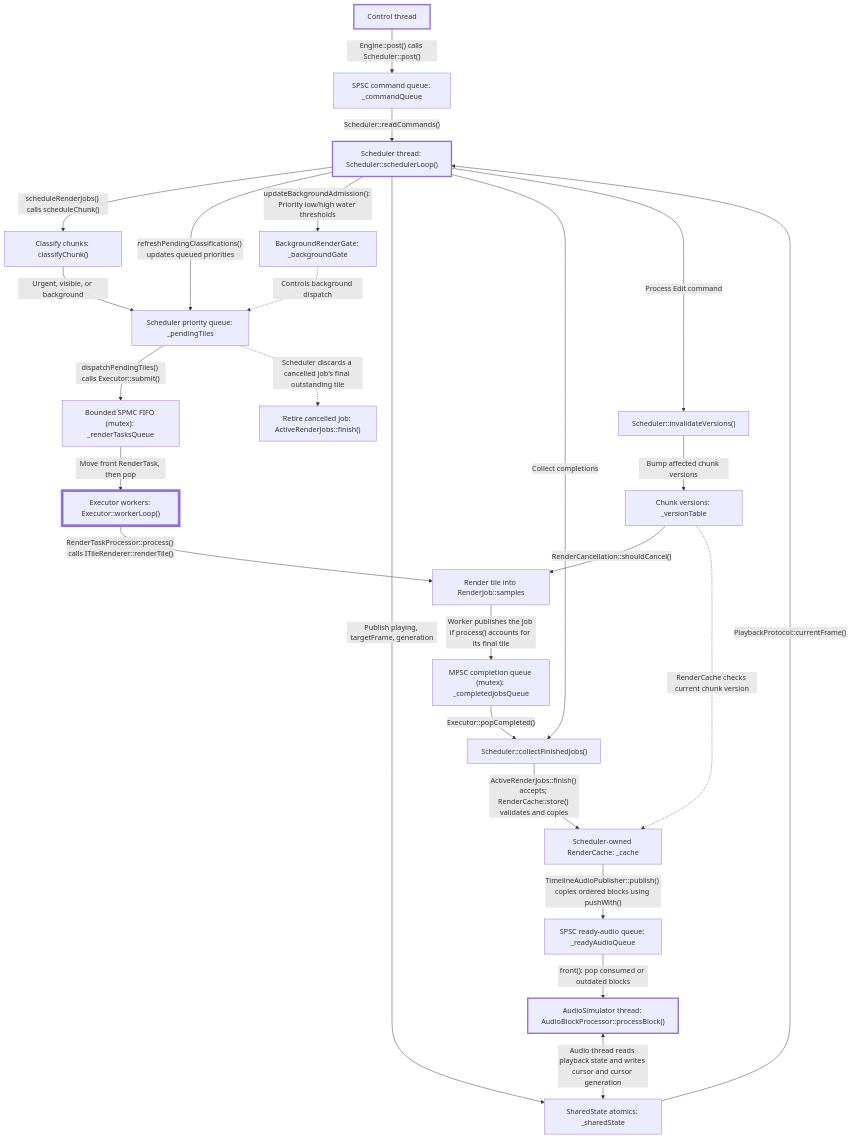
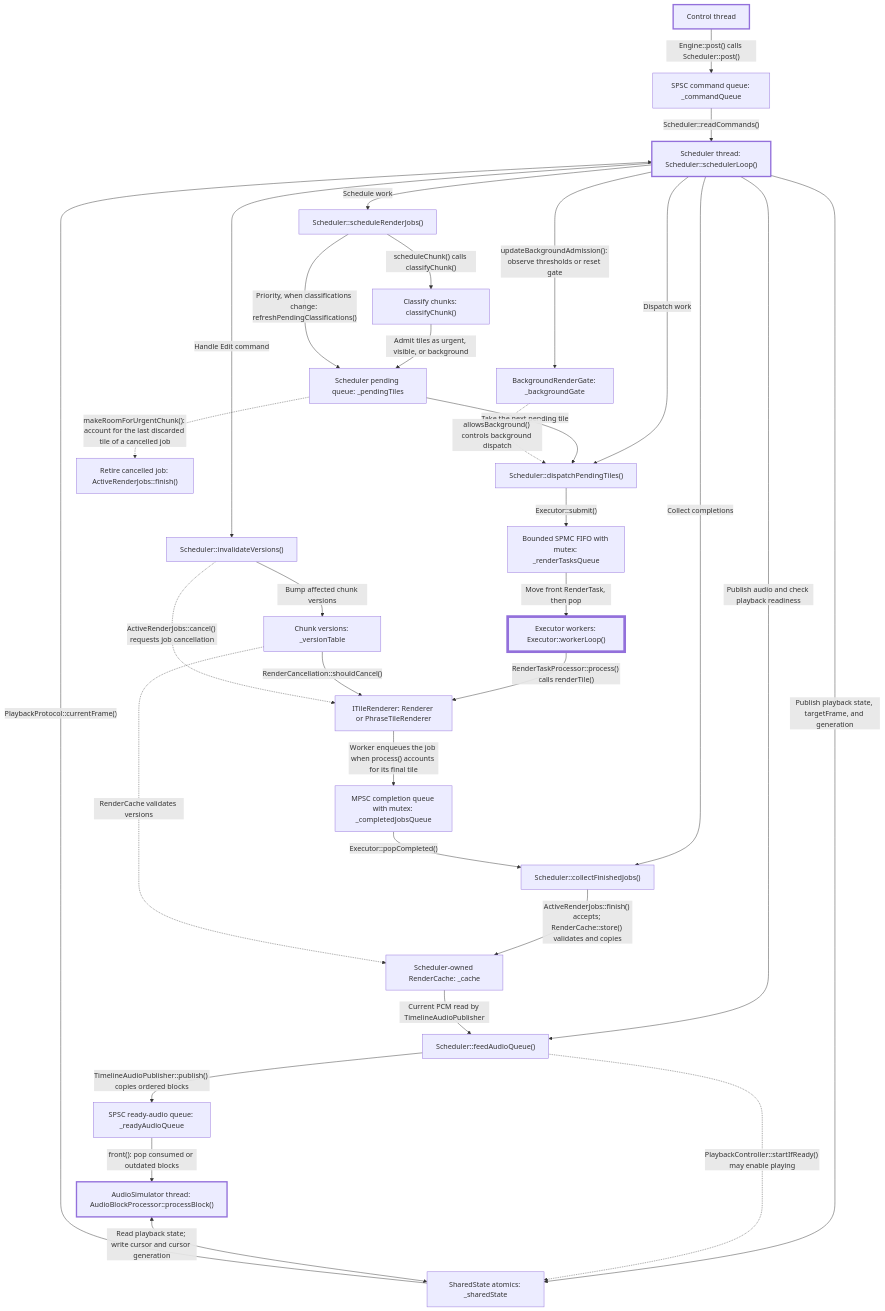
One commit to ChristosKonstantas/anasa changed the diagram in README.md. Above: the diagram before and after it, drawn with Mermaid. The commit also changed other lines of this file, not shown here.

````diff
--- a/README.md
+++ b/README.md
@@ -35,64 +37,73 @@
 ```mermaid
 flowchart TD
 
     Control["Control thread"]
     CommandQueue["SPSC command queue: _commandQueue"]
     Scheduler["Scheduler thread: Scheduler::schedulerLoop()"]
 
     Control -->|"Engine::post() calls Scheduler::post()"| CommandQueue
     CommandQueue -->|"Scheduler::readCommands()"| Scheduler
 
-    ExecutorQueue["Bounded SPMC FIFO (mutex): _renderTasksQueue"]
-    Workers["Executor workers: Executor::workerLoop()"]
-    Render["Render tile into RenderJob::samples"]
-    CompletionQueue["MPSC completion queue (mutex): _completedJobsQueue"]
-
+    Schedule["Scheduler::scheduleRenderJobs()"]
     Classify["Classify chunks: classifyChunk()"]
-    Pending["Scheduler priority queue: _pendingTiles"]
-
-    Scheduler -->|"scheduleRenderJobs() calls scheduleChunk()"| Classify
-    Classify -->|"Urgent, visible, or background"| Pending
-    Scheduler -->|"refreshPendingClassifications() updates queued priorities"| Pending
-    Pending -->|"dispatchPendingTiles() calls Executor::submit()"| ExecutorQueue
-    ExecutorQueue -->|"Move front RenderTask, then pop"| Workers
-    Workers -->|"RenderTaskProcessor::process() calls ITileRenderer::renderTile()"| Render
-    Render -->|"Worker publishes the job if process() accounts for its final tile"| CompletionQueue
+    Pending["Scheduler pending queue: _pendingTiles"]
+    Dispatch["Scheduler::dispatchPendingTiles()"]
     Admission["BackgroundRenderGate: _backgroundGate"]
 
-    Scheduler -->|"updateBackgroundAdmission(): Priority low/high water thresholds"| Admission
-    Admission -.->|"Controls background dispatch"| Pending
+    Scheduler -->|"Schedule work"| Schedule
+    Schedule -->|"scheduleChunk() calls classifyChunk()"| Classify
+    Classify -->|"Admit tiles as urgent, visible, or background"| Pending
+    Schedule -->|"Priority, when classifications change: refreshPendingClassifications()"| Pending
+    Scheduler -->|"Dispatch work"| Dispatch
+    Pending -->|"Take the next pending tile"| Dispatch
+    Scheduler -->|"updateBackgroundAdmission(): observe thresholds or reset gate"| Admission
+    Admission -.->|"allowsBackground() controls background dispatch"| Dispatch
+
+    ExecutorQueue["Bounded SPMC FIFO with mutex: _renderTasksQueue"]
+    Workers["Executor workers: Executor::workerLoop()"]
+    Render["ITileRenderer: Renderer or PhraseTileRenderer"]
+    CompletionQueue["MPSC completion queue with mutex: _completedJobsQueue"]
+
+    Dispatch -->|"Executor::submit()"| ExecutorQueue
+    ExecutorQueue -->|"Move front RenderTask, then pop"| Workers
+    Workers -->|"RenderTaskProcessor::process() calls renderTile()"| Render
+    Render -->|"Worker enqueues the job when process() accounts for its final tile"| CompletionQueue
+
+    Collect["Scheduler::collectFinishedJobs()"]
     Cache["Scheduler-owned RenderCache: _cache"]
+    Feed["Scheduler::feedAudioQueue()"]
     ReadyQueue["SPSC ready-audio queue: _readyAudioQueue"]
     Audio["AudioSimulator thread: AudioBlockProcessor::processBlock()"]
 
-    Cache -->|"TimelineAudioPublisher::publish() copies ordered blocks using pushWith()"| ReadyQueue
+    Scheduler -->|"Collect completions"| Collect
+    CompletionQueue -->|"Executor::popCompleted()"| Collect
+    Collect -->|"ActiveRenderJobs::finish() accepts; RenderCache::store() validates and copies"| Cache
+    Scheduler -->|"Publish audio and check playback readiness"| Feed
+    Cache -->|"Current PCM read by TimelineAudioPublisher"| Feed
+    Feed -->|"TimelineAudioPublisher::publish() copies ordered blocks"| ReadyQueue
     ReadyQueue -->|"front(): pop consumed or outdated blocks"| Audio
 
     Shared["SharedState atomics: _sharedState"]
 
-    Scheduler -->|"Publish playing, targetFrame, generation"| Shared
+    Scheduler -->|"Publish playback state, targetFrame, and generation"| Shared
     Shared -->|"PlaybackProtocol::currentFrame()"| Scheduler
-
-    Audio <-->|"Audio thread reads playback state and writes cursor and cursor generation"| Shared
+    Feed -.->|"PlaybackController::startIfReady() may enable playing"| Shared
+    Audio <-->|"Read playback state; write cursor and cursor generation"| Shared
 
     Versions["Chunk versions: _versionTable"]
-
-    Versions -->|"RenderCancellation::shouldCancel()"| Render
-
-    Collect["Scheduler::collectFinishedJobs()"]
     Invalidate["Scheduler::invalidateVersions()"]
     Retire["Retire cancelled job: ActiveRenderJobs::finish()"]
 
-    Scheduler -->|"Collect completions"| Collect
-    CompletionQueue -->|"Executor::popCompleted()"| Collect
-    Versions -.->|"RenderCache checks current chunk version"| Cache
-    Collect -->|"ActiveRenderJobs::finish() accepts; RenderCache::store() validates and copies"| Cache
-    Pending -.->|"Scheduler discards a cancelled job's final outstanding tile"| Retire
-    Scheduler -->|"Process Edit command"| Invalidate
+    Versions -->|"RenderCancellation::shouldCancel()"| Render
+    Versions -.->|"RenderCache validates versions"| Cache
+    Scheduler -->|"Handle Edit command"| Invalidate
     Invalidate -->|"Bump affected chunk versions"| Versions
+    Invalidate -.->|"ActiveRenderJobs::cancel() requests job cancellation"| Render
+    Pending -.->|"makeRoomForUrgentChunk(): account for the last discarded tile of a cancelled job"| Retire
+
     classDef thread stroke-width:3px;
     classDef threadPool stroke-width:6px;
 
     class Control,Scheduler,Audio thread;
     class Workers threadPool;
 ```
````
